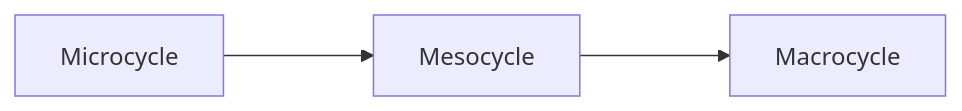
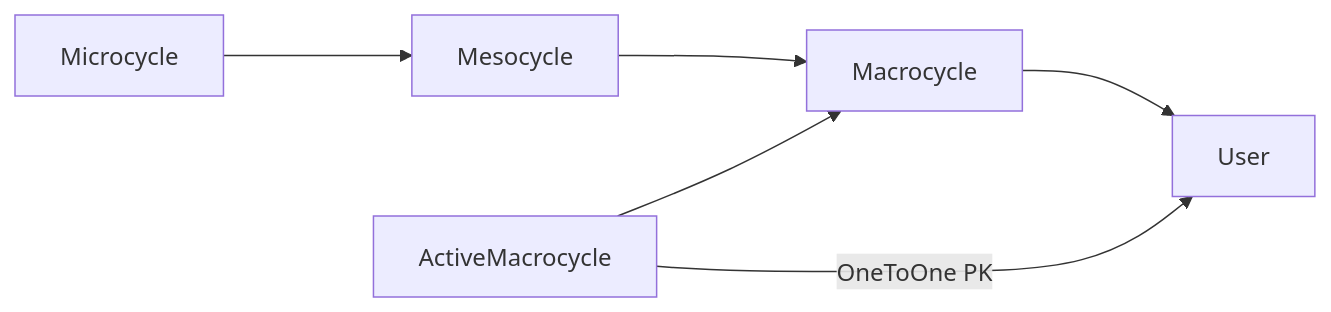
The second of 2 diagrams in docs/schema_diagrams.md (andreas-thoren/phase-runner), drawn with Mermaid before and after one commit. The commit also changed other lines of this file, not shown here.

First line of the commit message:
Update schema diagrams to match current models

````diff
--- a/docs/schema_diagrams.md
+++ b/docs/schema_diagrams.md
@@ -40,10 +39,15 @@
 ```mermaid
 %%{init: {'flowchart': {'nodeSpacing': 80, 'rankSpacing': 100}} }%%
 flowchart LR
+  U[User]
   MA[Macrocycle]
   ME[Mesocycle]
   MI[Microcycle]
+  AM[ActiveMacrocycle]
 
+  MA --> U
   ME --> MA
   MI --> ME
+  AM -->|OneToOne PK| U
+  AM --> MA
 ```
````
